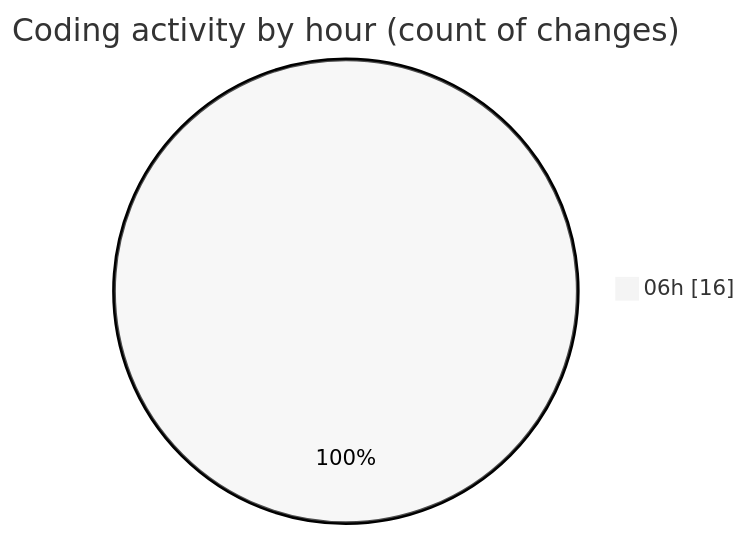
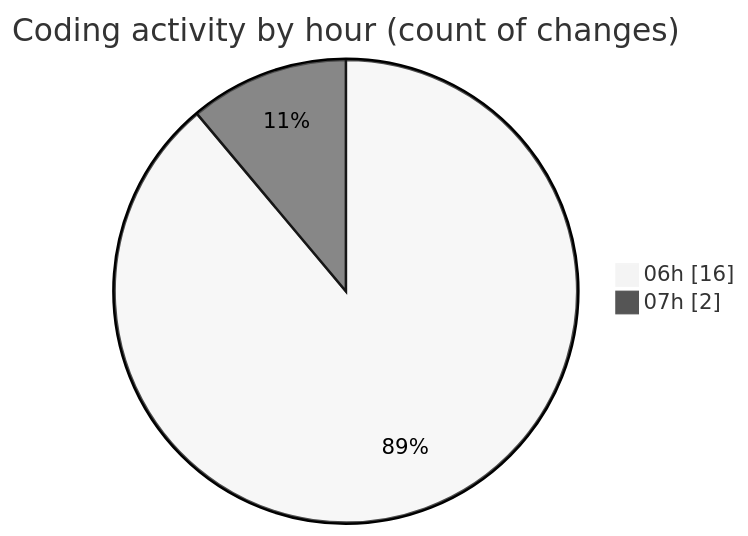
The second of 2 diagrams in 2025-02-21/termonied_testador/README.md (robertbonfada/code-tracking), drawn with Mermaid (neutral theme) before and after one commit. The commit also changed other lines of this file and 1 other file, not shown here.

````diff
--- a/2025-02-21/termonied_testador/README.md
+++ b/2025-02-21/termonied_testador/README.md
@@ -33,5 +35,6 @@
 ```mermaid
 pie showData
 title Coding activity by hour (count of changes)
 "06h" : 16
+"07h" : 2
 ```
````
